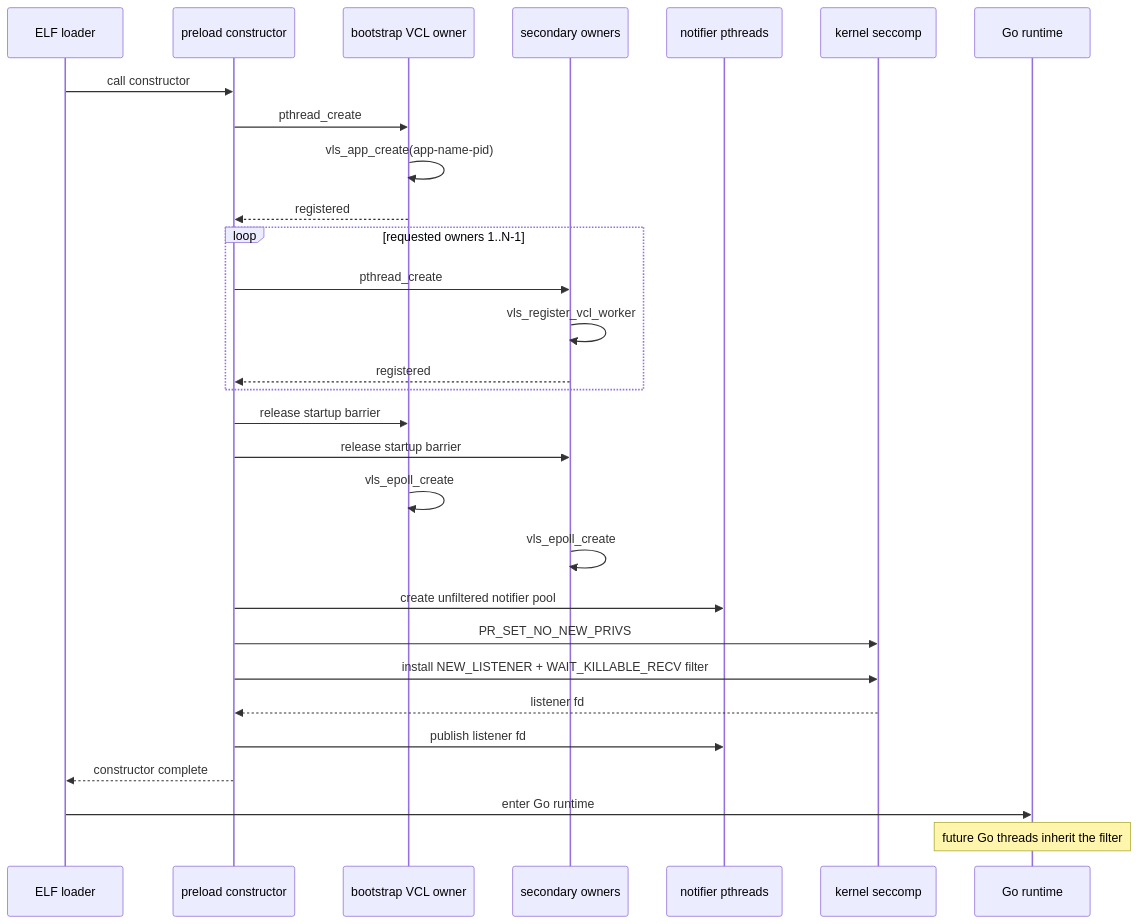
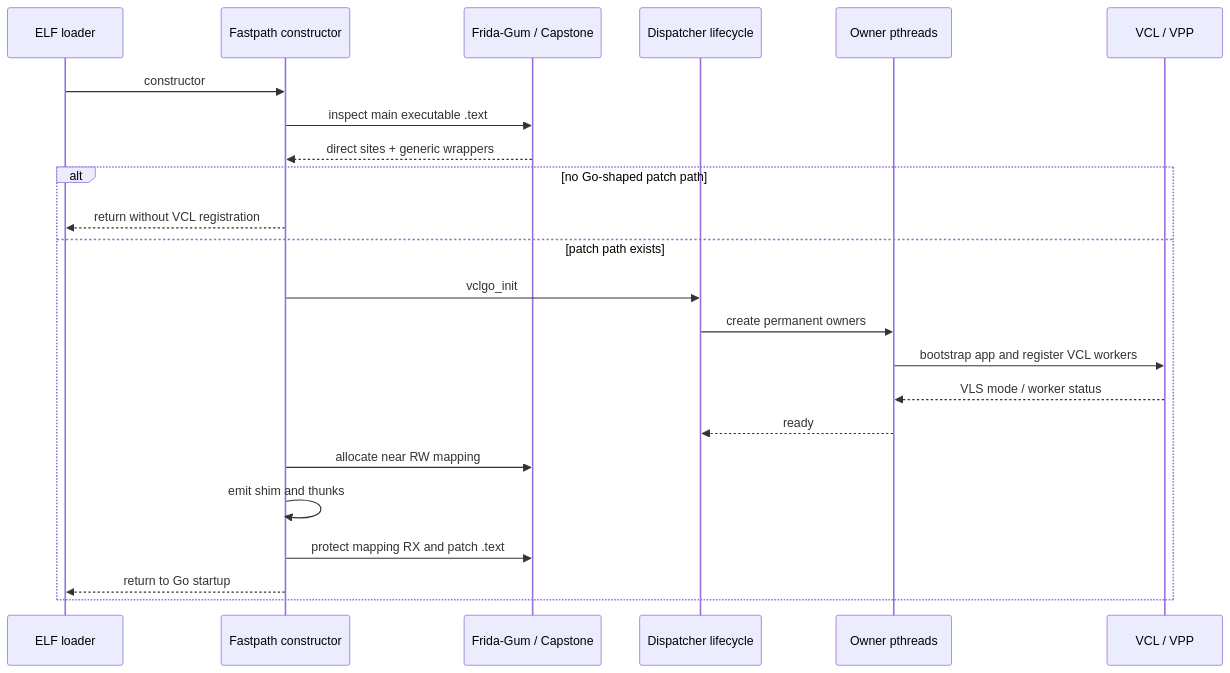
One commit to aritrbas/vclgo changed the second of 5 diagrams in docs/architecture.md. Above: the diagram before and after it, drawn with Mermaid. The commit also changed other lines of this file and 32 other files, not shown here.

````diff
--- a/docs/architecture.md
+++ b/docs/architecture.md
@@ -76,32 +72,26 @@
-```mermaid
+~~~mermaid
 sequenceDiagram
     participant L as ELF loader
-    participant C as preload constructor
-    participant B as bootstrap VCL owner
-    participant O as secondary owners
-    participant N as notifier pthreads
-    participant K as kernel seccomp
-    participant G as Go runtime
+    participant P as Fastpath constructor
+    participant G as Frida-Gum / Capstone
+    participant D as Dispatcher lifecycle
+    participant O as Owner pthreads
+    participant V as VCL / VPP
 
-    L->>C: call constructor
-    C->>B: pthread_create
-    B->>B: vls_app_create(app-name-pid)
-    B-->>C: registered
-    loop requested owners 1..N-1
-        C->>O: pthread_create
-        O->>O: vls_register_vcl_worker
-        O-->>C: registered
+    L->>P: constructor
+    P->>G: inspect main executable .text
+    G-->>P: direct sites + generic wrappers
+    alt no Go-shaped patch path
+        P-->>L: return without VCL registration
+    else patch path exists
+        P->>D: vclgo_init
+        D->>O: create permanent owners
+        O->>V: bootstrap app and register VCL workers
+        V-->>O: VLS mode / worker status
+        O-->>D: ready
+        P->>G: allocate near RW mapping
+        P->>P: emit shim and thunks
+        P->>G: protect mapping RX and patch .text
+        P-->>L: return to Go startup
     end
-    C->>B: release startup barrier
-    C->>O: release startup barrier
-    B->>B: vls_epoll_create
-    O->>O: vls_epoll_create
-    C->>N: create unfiltered notifier pool
-    C->>K: PR_SET_NO_NEW_PRIVS
-    C->>K: install NEW_LISTENER + WAIT_KILLABLE_RECV filter
-    K-->>C: listener fd
-    C->>N: publish listener fd
-    C-->>L: constructor complete
-    L->>G: enter Go runtime
-    Note over G: future Go threads inherit the filter
-```
+~~~
````
